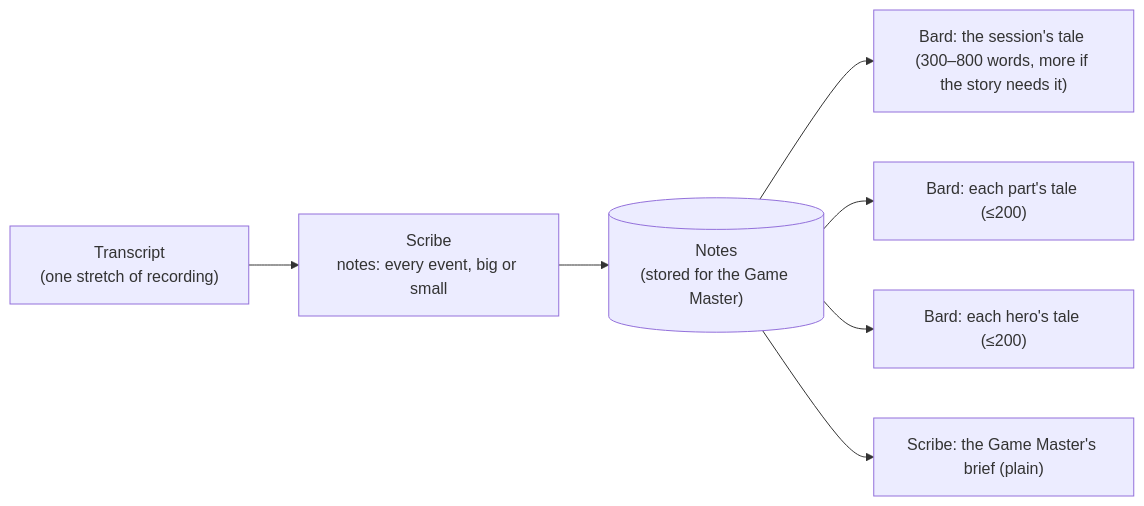
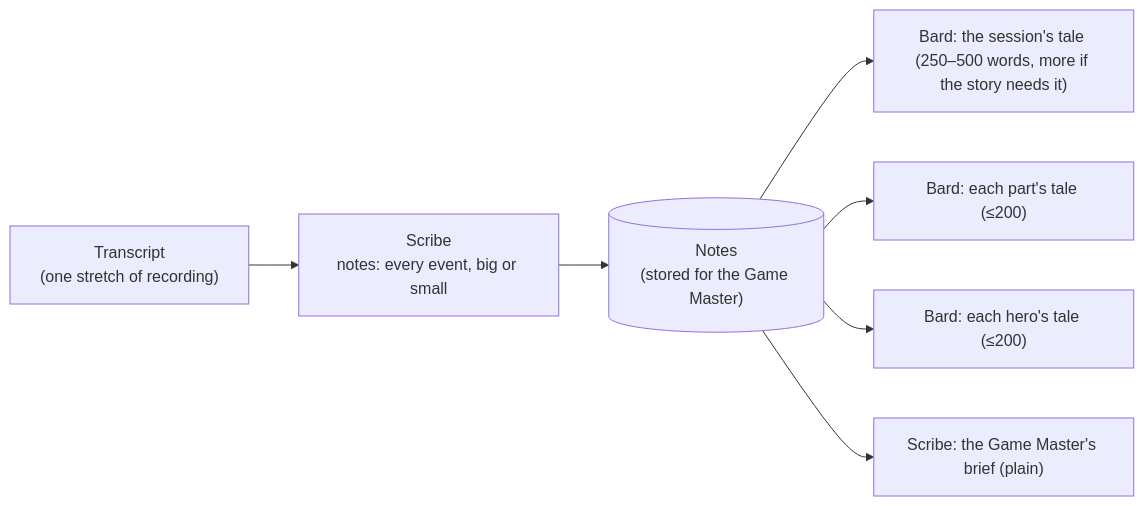
One commit to AndyProsser/vtt-chat-app changed the third of 4 diagrams in docs/architecture/RECORDING-AND-SUMMARIES.md. Above: the diagram before and after it, drawn with Mermaid. The commit also changed other lines of this file and 9 other files, not shown here.

First line of the commit message:
fix: shorten the tale, DM brief and scribe's notes; cap notes per session, not per chapter

````diff
--- a/docs/architecture/RECORDING-AND-SUMMARIES.md
+++ b/docs/architecture/RECORDING-AND-SUMMARIES.md
@@ -523,9 +528,9 @@
 ```mermaid
 flowchart LR
     T["Transcript\n(one stretch of recording)"] --> S["Scribe\nnotes: every event, big or small"]
     S --> N[("Notes\n(stored for the Game Master)")]
-    N --> B1["Bard: the session's tale (300–800 words, more if the story needs it)"]
+    N --> B1["Bard: the session's tale (250–500 words, more if the story needs it)"]
     N --> B2["Bard: each part's tale (≤200)"]
     N --> B3["Bard: each hero's tale (≤200)"]
     N --> G["Scribe: the Game Master's brief (plain)"]
 ```
````
